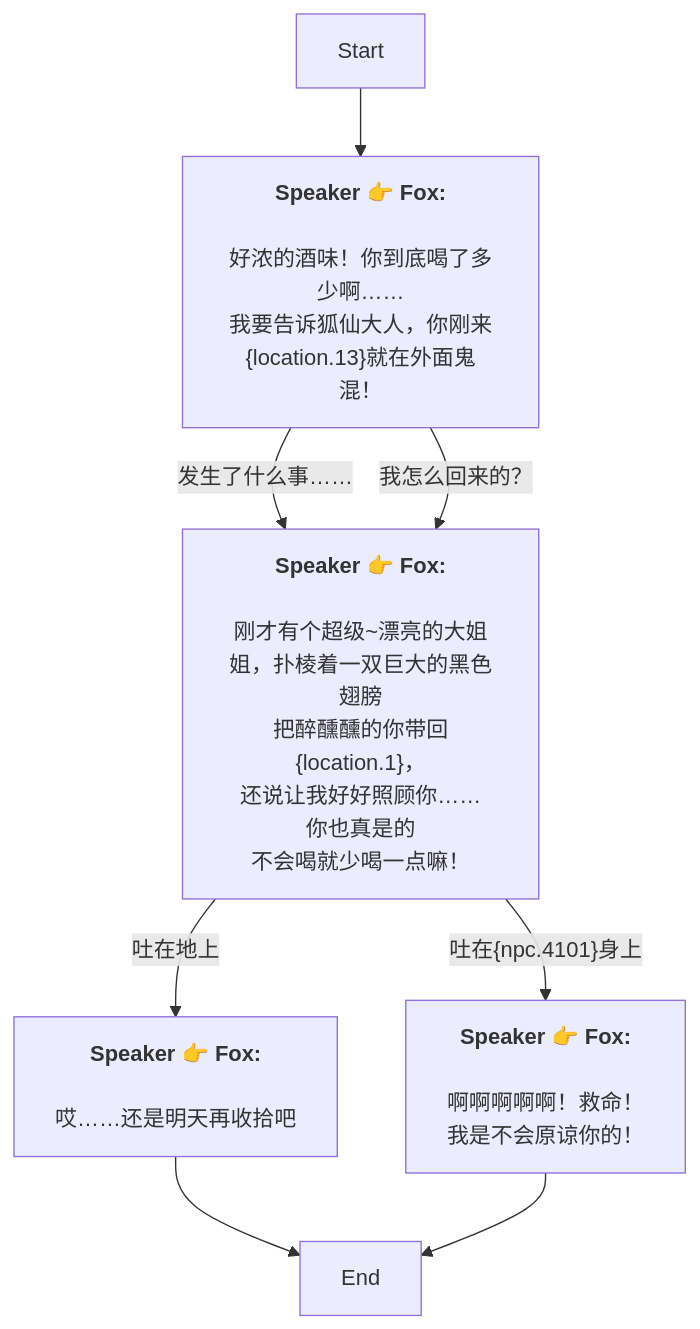
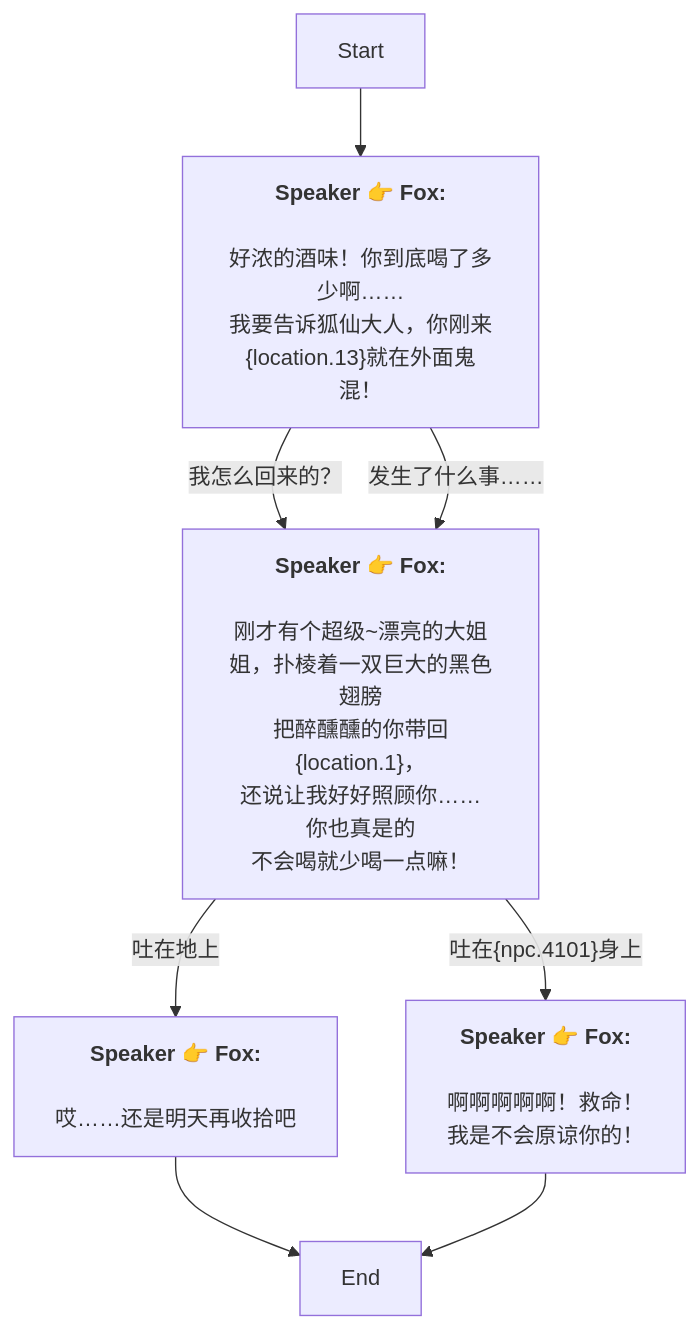
One commit to SoftHu/tos_avg changed the diagram in Zh/QuestStartTalkENode_1752687021596434.md. Above: the diagram before and after it, drawn with Mermaid. The commit also changed other lines of this file and 780 other files, not shown here.

````diff
--- a/Zh/QuestStartTalkENode_1752687021596434.md
+++ b/Zh/QuestStartTalkENode_1752687021596434.md
@@ -1,24 +1,24 @@
 ```mermaid
 graph
 Start -->1752687201954582[<b>Speaker 👉 Fox:</b>
 \n好浓的酒味！你到底喝了多少啊……
 我要告诉狐仙大人，你刚来&lbrace;location.13&rbrace;就在外面鬼混！]
+1752687201954582 -->|我怎么回来的？|1752687277469468[<b>Speaker 👉 Fox:</b>
+\n刚才有个超级~漂亮的大姐姐，扑棱着一双巨大的黑色翅膀
+把醉醺醺的你带回&lbrace;location.1&rbrace;，
+还说让我好好照顾你……\n你也真是的
+不会喝就少喝一点嘛！]
 1752687201954582 -->|发生了什么事……|1752687277469468[<b>Speaker 👉 Fox:</b>
 \n刚才有个超级~漂亮的大姐姐，扑棱着一双巨大的黑色翅膀
 把醉醺醺的你带回&lbrace;location.1&rbrace;，
 还说让我好好照顾你……\n你也真是的
 不会喝就少喝一点嘛！]
-1752687201954582 -->|我怎么回来的？|1752687277469468[<b>Speaker 👉 Fox:</b>
-\n刚才有个超级~漂亮的大姐姐，扑棱着一双巨大的黑色翅膀
-把醉醺醺的你带回&lbrace;location.1&rbrace;，
-还说让我好好照顾你……\n你也真是的
-不会喝就少喝一点嘛！]
-1752687277469468 -->|吐在地上|1752687518832418[<b>Speaker 👉 Fox:</b>
-\n哎……还是明天再收拾吧]
 1752687277469468 -->|吐在&lbrace;npc.4101&rbrace;身上|1752687530644259[<b>Speaker 👉 Fox:</b>
 \n啊啊啊啊啊！救命！
 我是不会原谅你的！]
+1752687277469468 -->|吐在地上|1752687518832418[<b>Speaker 👉 Fox:</b>
+\n哎……还是明天再收拾吧]
 1752687518832418 -->1752687575909156[End]
 1752687530644259 -->1752687575909156[End]
 
 ```
````
